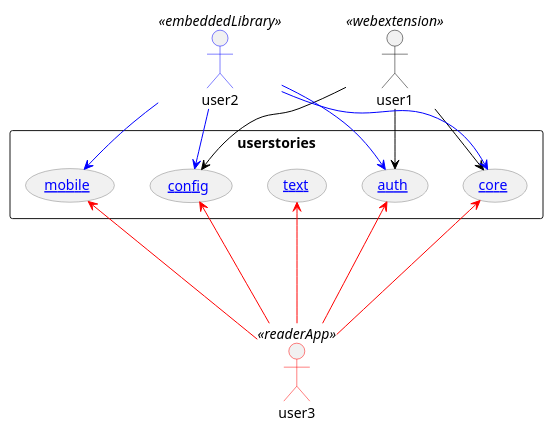
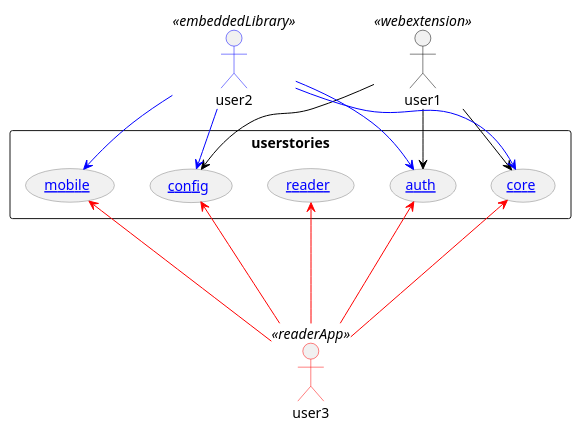
Before and after one commit to alpheios-project/documentation: the diagram in design/app-use-cases.puml, drawn with PlantUML. The commit also changed 5 other files, not shown here.

```diff
--- a/design/app-use-cases.puml
+++ b/design/app-use-cases.puml
@@ -1,41 +1,41 @@
 @startuml
 skinparam packageStyle rectangle
 skinparam usecase {
   ArrowColor<< webextension >> black
   ArrowColor<< embeddedLibrary >> blue
   ArrowColor<< readerApp >> red
   BorderColor gray
 
 }
 skinparam actor {
   BorderColor<< webextension >> black
   BorderColor<< embeddedLibrary >> blue
   BorderColor<< readerApp >> red
 
 }
 	
 actor user1 <<webextension>>
 rectangle userstories {
   user1 --> ([[https://github.com/alpheios-project/documentation/blob/master/design/core-user-stories.csv core]]) <<webextension>>
   user1 --> ([[https://github.com/alpheios-project/documentation/blob/master/design/auth-user-stories.csv auth]]) <<webextension>>
   user1 --> ([[https://github.com/alpheios-project/documentation/blob/master/design/config-user-stories.csv config]]) <<webextension>>
   
 }
 actor user2 <<embeddedLibrary>>
 rectangle userstories {
   user2 --> ([[https://github.com/alpheios-project/documentation/blob/master/design/core-user-stories.csv core]]) <<embeddedLibrary>>
   user2 --> ([[https://github.com/alpheios-project/documentation/blob/master/design/auth-user-stories.csv auth]]) <<embeddedLibrary>>
   user2 --> ([[https://github.com/alpheios-project/documentation/blob/master/design/mobile-user-stories.csv mobile]]) <<embeddedLibrary>>
   user2 --> ([[https://github.com/alpheios-project/documentation/blob/master/design/config-user-stories.csv config]]) <<embeddedLibrary>>
   
 }
 actor user3 <<readerApp>>
 rectangle userstories {
   user3 -up--> ([[https://github.com/alpheios-project/documentation/blob/master/design/core-user-stories.csv core]]) <<readerApp>>
   user3 -up--> ([[https://github.com/alpheios-project/documentation/blob/master/design/auth-user-stories.csv auth]]) <<readerApp>>
-  user3 -up--> ([[https://github.com/alpheios-project/documentation/blob/master/design/text-user-stories.csv text]]) <<readerApp>>
+  user3 -up--> ([[https://github.com/alpheios-project/documentation/blob/master/design/reader-user-stories.csv reader]]) <<readerApp>>
   user3 -up--> ([[https://github.com/alpheios-project/documentation/blob/master/design/mobile-user-stories.csv mobile]]) <<readerApp>>
   user3 -up--> ([[https://github.com/alpheios-project/documentation/blob/master/design/config-user-stories.csv config]]) <<readerApp>>
   
 }
 @enduml
```
